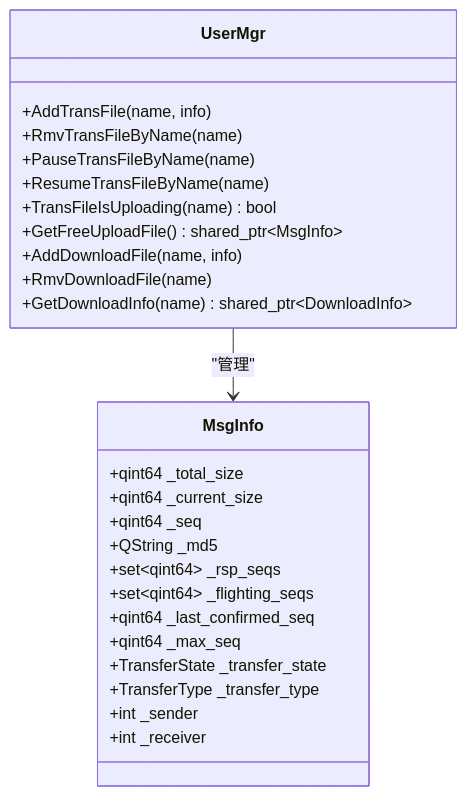
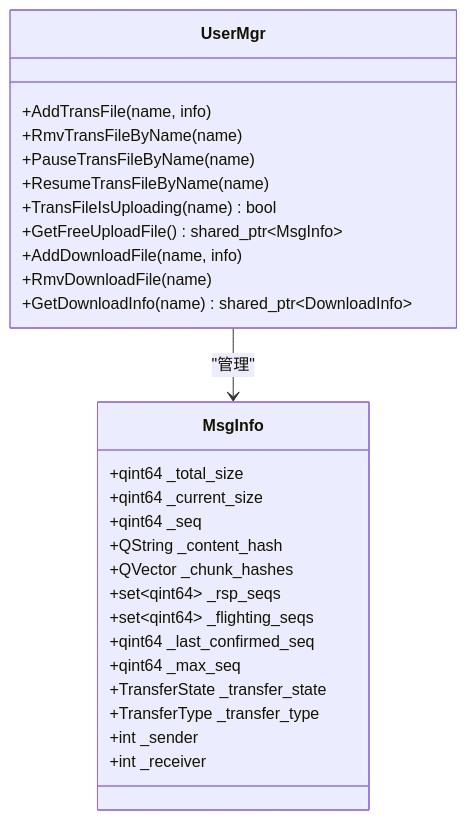
The fourth of 8 diagrams in .qoder/repowiki/zh/content/核心功能模块/文件传输系统/文件传输系统.md (echo9923/mychatter), drawn with Mermaid before and after one commit. The commit also changed other lines of this file and 132 other files, not shown here.

````diff
--- a/.qoder/repowiki/zh/content/核心功能模块/文件传输系统/文件传输系统.md
+++ b/.qoder/repowiki/zh/content/核心功能模块/文件传输系统/文件传输系统.md
@@ -197,29 +210,30 @@
 ```mermaid
 classDiagram
 class MsgInfo {
 +qint64 _total_size
 +qint64 _current_size
 +qint64 _seq
-+QString _md5
++QString _content_hash
++QVector<QString> _chunk_hashes
 +set~qint64~ _rsp_seqs
 +set~qint64~ _flighting_seqs
 +qint64 _last_confirmed_seq
 +qint64 _max_seq
 +TransferState _transfer_state
 +TransferType _transfer_type
 +int _sender
 +int _receiver
 }
 class UserMgr {
 +AddTransFile(name, info)
 +RmvTransFileByName(name)
 +PauseTransFileByName(name)
 +ResumeTransFileByName(name)
 +TransFileIsUploading(name) bool
 +GetFreeUploadFile() shared_ptr~MsgInfo~
 +AddDownloadFile(name, info)
 +RmvDownloadFile(name)
 +GetDownloadInfo(name) shared_ptr~DownloadInfo~
 }
 UserMgr --> MsgInfo : "管理"
 ```
````
